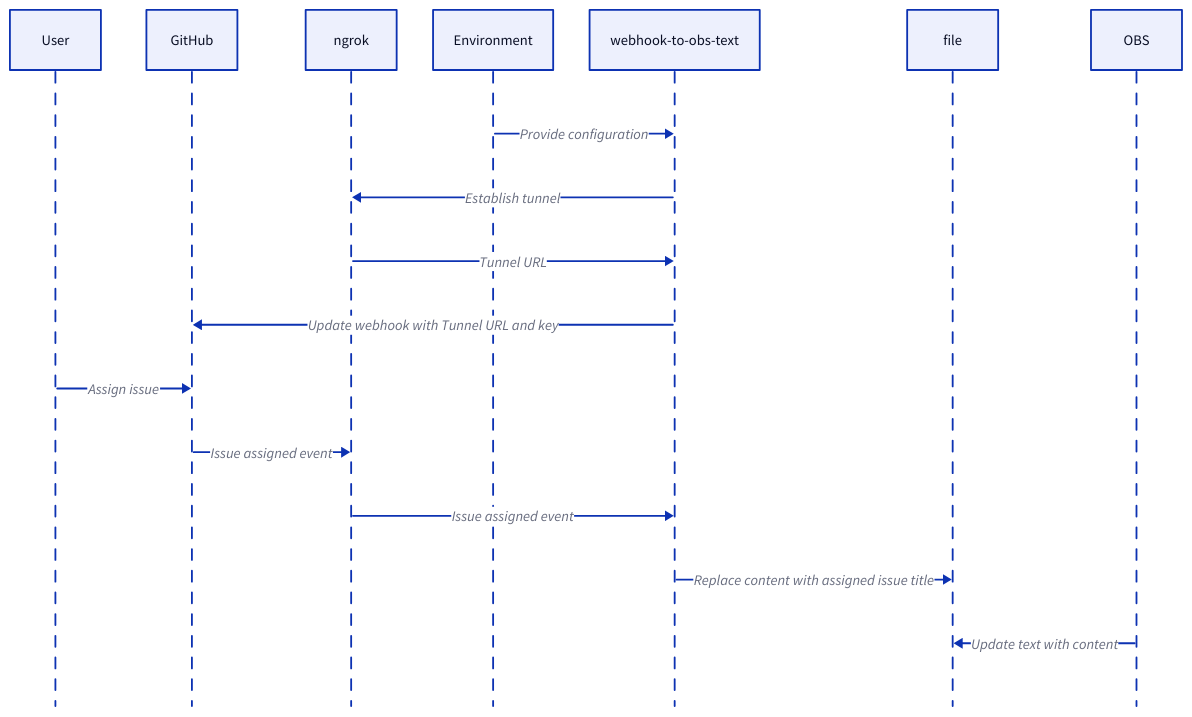
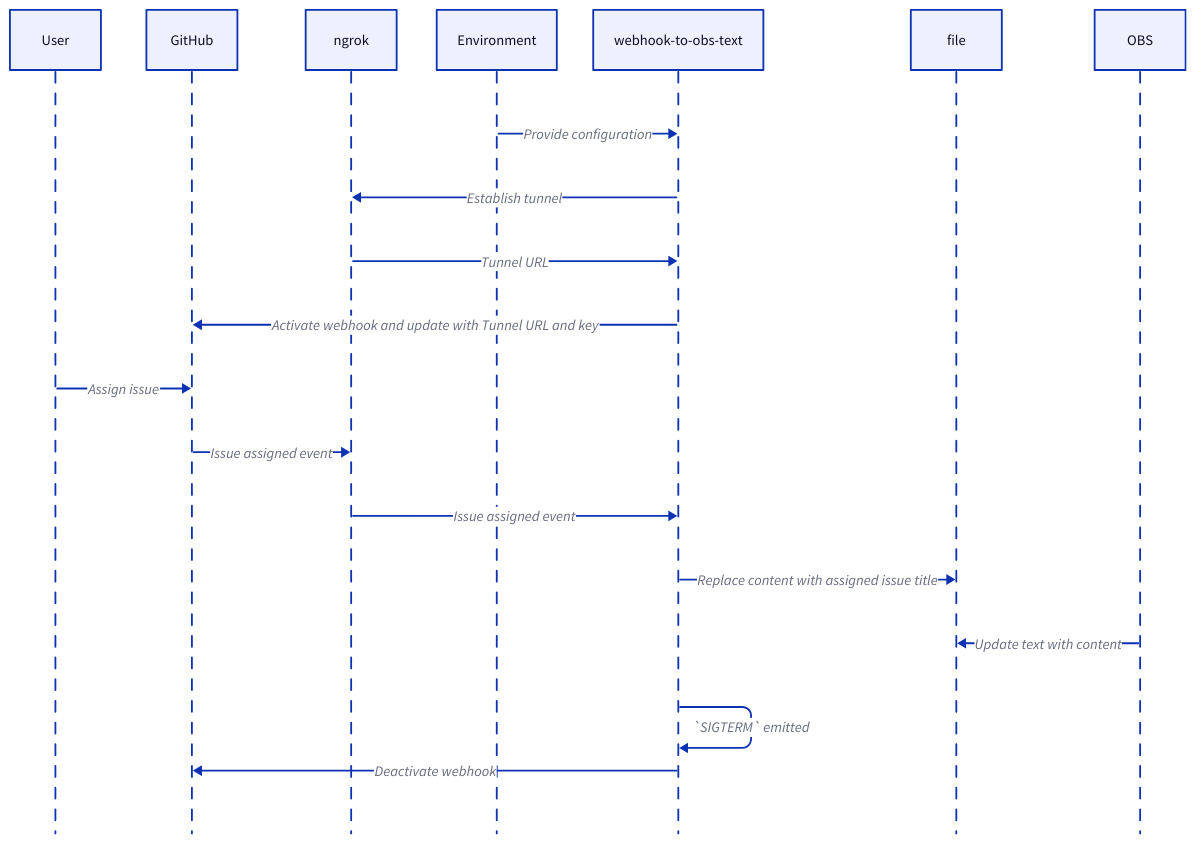
The first of 2 diagrams in README.md (andrewshawcare/webhook-to-obs-text), drawn with D2 before and after one commit.

Commit message:
Update architecture diagram

````diff
--- a/README.md
+++ b/README.md
@@ -43,26 +43,30 @@
 ```d2
 shape: sequence_diagram
 
 User
 GitHub
 ngrok
 Environment
 webhook-to-obs-text
 file
 OBS
 
 Environment -> webhook-to-obs-text: Provide configuration
 
 webhook-to-obs-text -> ngrok: Establish tunnel
 ngrok -> webhook-to-obs-text: Tunnel URL
 
-webhook-to-obs-text -> GitHub: Update webhook with Tunnel URL and key
+webhook-to-obs-text -> GitHub: Activate webhook and update with Tunnel URL and key
 
 User -> GitHub: Assign issue
 
 GitHub -> ngrok -> webhook-to-obs-text: Issue assigned event
 
 webhook-to-obs-text -> file: Replace content with assigned issue title
 
 OBS -> file: Update text with content
+
+webhook-to-obs-text -> webhook-to-obs-text: `SIGTERM` emitted
+
+webhook-to-obs-text -> GitHub: Deactivate webhook
 ```
````
